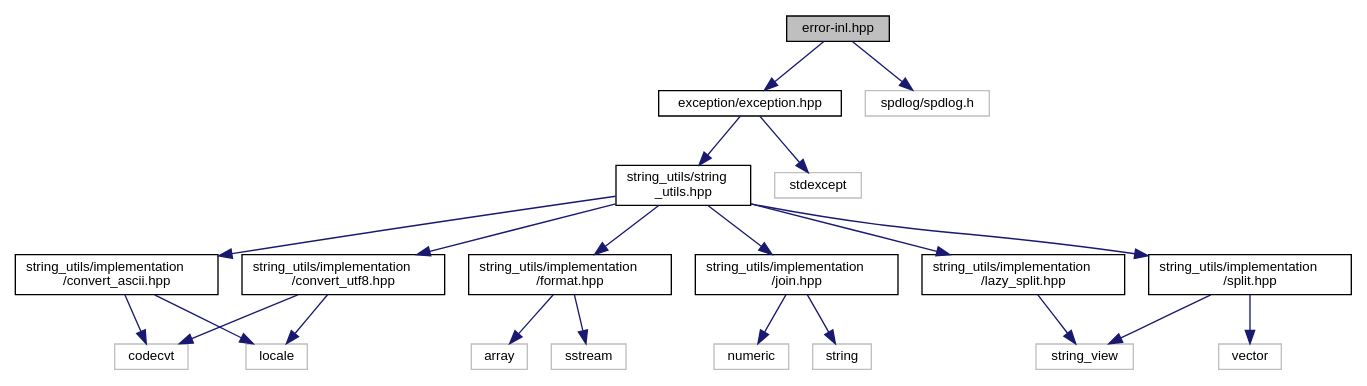
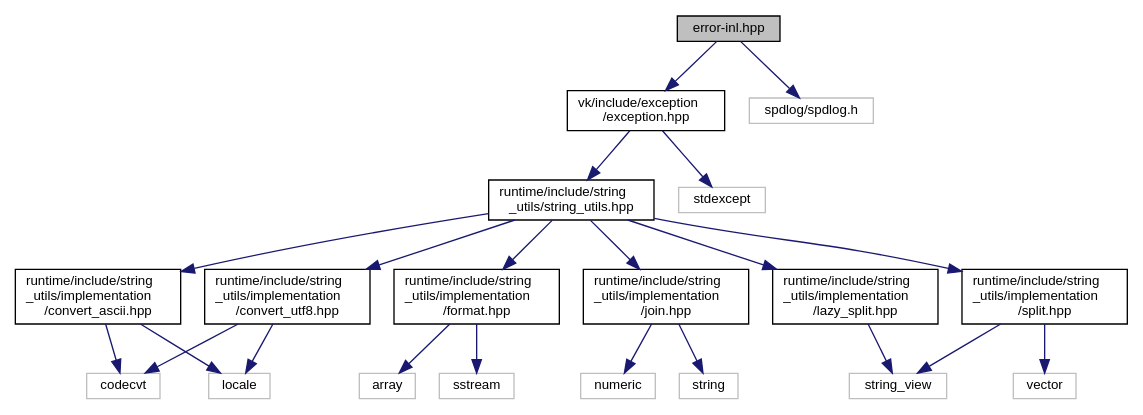
The diagram in docs/error-inl_8hpp__incl.dot (edgjj/cpp_vk_lib), drawn with Graphviz before and after one commit. The commit also changed 750 other files, not shown here.

```diff
--- a/docs/error-inl_8hpp__incl.dot
+++ b/docs/error-inl_8hpp__incl.dot
@@ -1,46 +1,46 @@
 digraph "error-inl.hpp"
 {
  // LATEX_PDF_SIZE
   edge [fontname="Helvetica",fontsize="10",labelfontname="Helvetica",labelfontsize="10"];
   node [fontname="Helvetica",fontsize="10",shape=record];
   Node1 [label="error-inl.hpp",height=0.2,width=0.4,color="black", fillcolor="grey75", style="filled", fontcolor="black",tooltip=" "];
   Node1 -> Node2 [color="midnightblue",fontsize="10",style="solid",fontname="Helvetica"];
-  Node2 [label="exception/exception.hpp",height=0.2,width=0.4,color="black", fillcolor="white", style="filled",URL="$exception_8hpp.html",tooltip=" "];
+  Node2 [label="vk/include/exception\l/exception.hpp",height=0.2,width=0.4,color="black", fillcolor="white", style="filled",URL="$exception_8hpp.html",tooltip=" "];
   Node2 -> Node3 [color="midnightblue",fontsize="10",style="solid",fontname="Helvetica"];
-  Node3 [label="string_utils/string\l_utils.hpp",height=0.2,width=0.4,color="black", fillcolor="white", style="filled",URL="$string__utils_8hpp.html",tooltip=" "];
+  Node3 [label="runtime/include/string\l_utils/string_utils.hpp",height=0.2,width=0.4,color="black", fillcolor="white", style="filled",URL="$string__utils_8hpp.html",tooltip=" "];
   Node3 -> Node4 [color="midnightblue",fontsize="10",style="solid",fontname="Helvetica"];
-  Node4 [label="string_utils/implementation\l/convert_ascii.hpp",height=0.2,width=0.4,color="black", fillcolor="white", style="filled",URL="$convert__ascii_8hpp.html",tooltip=" "];
+  Node4 [label="runtime/include/string\l_utils/implementation\l/convert_ascii.hpp",height=0.2,width=0.4,color="black", fillcolor="white", style="filled",URL="$convert__ascii_8hpp.html",tooltip=" "];
   Node4 -> Node5 [color="midnightblue",fontsize="10",style="solid",fontname="Helvetica"];
   Node5 [label="codecvt",height=0.2,width=0.4,color="grey75", fillcolor="white", style="filled",tooltip=" "];
   Node4 -> Node6 [color="midnightblue",fontsize="10",style="solid",fontname="Helvetica"];
   Node6 [label="locale",height=0.2,width=0.4,color="grey75", fillcolor="white", style="filled",tooltip=" "];
   Node3 -> Node7 [color="midnightblue",fontsize="10",style="solid",fontname="Helvetica"];
-  Node7 [label="string_utils/implementation\l/convert_utf8.hpp",height=0.2,width=0.4,color="black", fillcolor="white", style="filled",URL="$convert__utf8_8hpp.html",tooltip=" "];
+  Node7 [label="runtime/include/string\l_utils/implementation\l/convert_utf8.hpp",height=0.2,width=0.4,color="black", fillcolor="white", style="filled",URL="$convert__utf8_8hpp.html",tooltip=" "];
   Node7 -> Node5 [color="midnightblue",fontsize="10",style="solid",fontname="Helvetica"];
   Node7 -> Node6 [color="midnightblue",fontsize="10",style="solid",fontname="Helvetica"];
   Node3 -> Node8 [color="midnightblue",fontsize="10",style="solid",fontname="Helvetica"];
-  Node8 [label="string_utils/implementation\l/format.hpp",height=0.2,width=0.4,color="black", fillcolor="white", style="filled",URL="$format_8hpp.html",tooltip=" "];
+  Node8 [label="runtime/include/string\l_utils/implementation\l/format.hpp",height=0.2,width=0.4,color="black", fillcolor="white", style="filled",URL="$format_8hpp.html",tooltip=" "];
   Node8 -> Node9 [color="midnightblue",fontsize="10",style="solid",fontname="Helvetica"];
   Node9 [label="array",height=0.2,width=0.4,color="grey75", fillcolor="white", style="filled",tooltip=" "];
   Node8 -> Node10 [color="midnightblue",fontsize="10",style="solid",fontname="Helvetica"];
   Node10 [label="sstream",height=0.2,width=0.4,color="grey75", fillcolor="white", style="filled",tooltip=" "];
   Node3 -> Node11 [color="midnightblue",fontsize="10",style="solid",fontname="Helvetica"];
-  Node11 [label="string_utils/implementation\l/join.hpp",height=0.2,width=0.4,color="black", fillcolor="white", style="filled",URL="$join_8hpp.html",tooltip=" "];
+  Node11 [label="runtime/include/string\l_utils/implementation\l/join.hpp",height=0.2,width=0.4,color="black", fillcolor="white", style="filled",URL="$join_8hpp.html",tooltip=" "];
   Node11 -> Node12 [color="midnightblue",fontsize="10",style="solid",fontname="Helvetica"];
   Node12 [label="numeric",height=0.2,width=0.4,color="grey75", fillcolor="white", style="filled",tooltip=" "];
   Node11 -> Node13 [color="midnightblue",fontsize="10",style="solid",fontname="Helvetica"];
   Node13 [label="string",height=0.2,width=0.4,color="grey75", fillcolor="white", style="filled",tooltip=" "];
   Node3 -> Node14 [color="midnightblue",fontsize="10",style="solid",fontname="Helvetica"];
-  Node14 [label="string_utils/implementation\l/lazy_split.hpp",height=0.2,width=0.4,color="black", fillcolor="white", style="filled",URL="$lazy__split_8hpp.html",tooltip=" "];
+  Node14 [label="runtime/include/string\l_utils/implementation\l/lazy_split.hpp",height=0.2,width=0.4,color="black", fillcolor="white", style="filled",URL="$lazy__split_8hpp.html",tooltip=" "];
   Node14 -> Node15 [color="midnightblue",fontsize="10",style="solid",fontname="Helvetica"];
   Node15 [label="string_view",height=0.2,width=0.4,color="grey75", fillcolor="white", style="filled",tooltip=" "];
   Node3 -> Node16 [color="midnightblue",fontsize="10",style="solid",fontname="Helvetica"];
-  Node16 [label="string_utils/implementation\l/split.hpp",height=0.2,width=0.4,color="black", fillcolor="white", style="filled",URL="$split_8hpp.html",tooltip=" "];
+  Node16 [label="runtime/include/string\l_utils/implementation\l/split.hpp",height=0.2,width=0.4,color="black", fillcolor="white", style="filled",URL="$split_8hpp.html",tooltip=" "];
   Node16 -> Node15 [color="midnightblue",fontsize="10",style="solid",fontname="Helvetica"];
   Node16 -> Node17 [color="midnightblue",fontsize="10",style="solid",fontname="Helvetica"];
   Node17 [label="vector",height=0.2,width=0.4,color="grey75", fillcolor="white", style="filled",tooltip=" "];
   Node2 -> Node18 [color="midnightblue",fontsize="10",style="solid",fontname="Helvetica"];
   Node18 [label="stdexcept",height=0.2,width=0.4,color="grey75", fillcolor="white", style="filled",tooltip=" "];
   Node1 -> Node19 [color="midnightblue",fontsize="10",style="solid",fontname="Helvetica"];
   Node19 [label="spdlog/spdlog.h",height=0.2,width=0.4,color="grey75", fillcolor="white", style="filled",tooltip=" "];
 }
```
